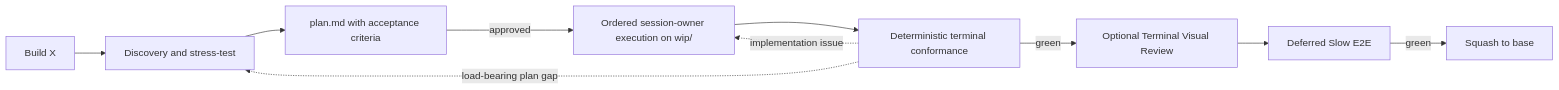
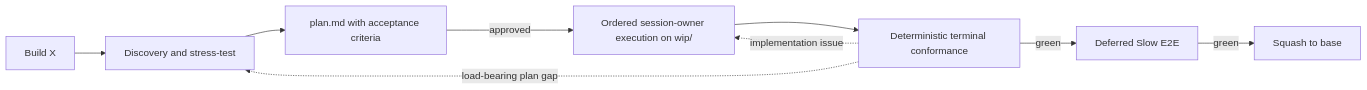
Before and after one commit to babymum7/gsd: the diagram in README.md, drawn with Mermaid. The commit also changed other lines of this file and 41 other files, not shown here.

Commit message:
Remove Lavish integration and flows

````diff
--- a/README.md
+++ b/README.md
@@ -45,12 +44,11 @@
 ```mermaid
 flowchart LR
     U["Build X"] --> B[Discovery and stress-test]
     B --> P[plan.md with acceptance criteria]
     P -->|approved| E[Ordered session-owner execution on wip/]
     E --> V[Deterministic terminal conformance]
-    V -->|green| L[Optional Terminal Visual Review]
-    L --> S[Deferred Slow E2E]
+    V -->|green| S[Deferred Slow E2E]
     S -->|green| M[Squash to base]
     V -.implementation issue.-> E
     V -.load-bearing plan gap.-> B
 ```
````
